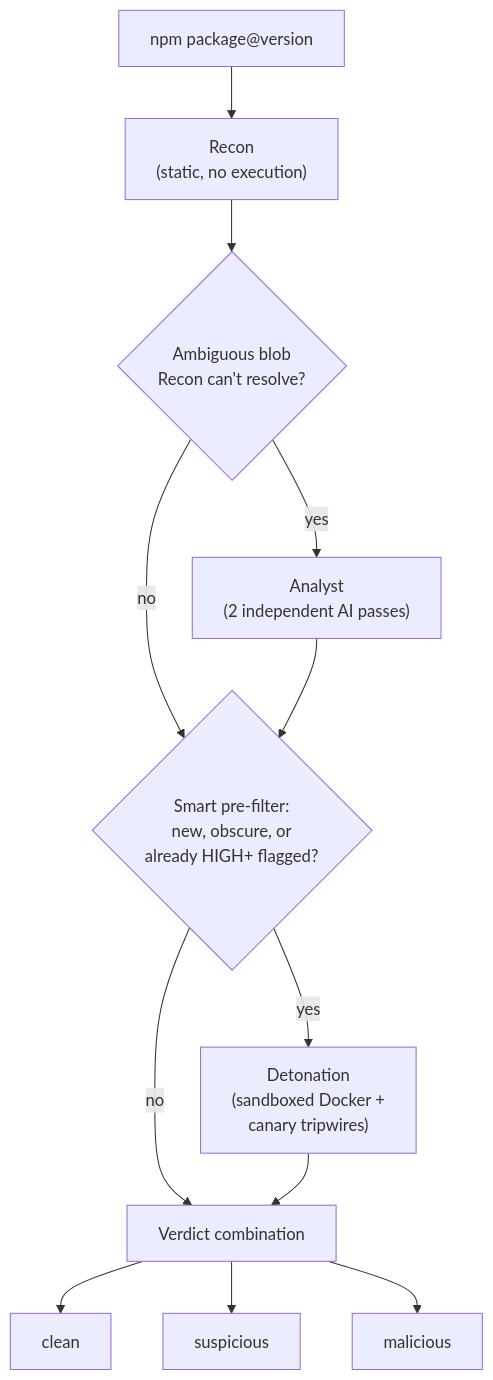
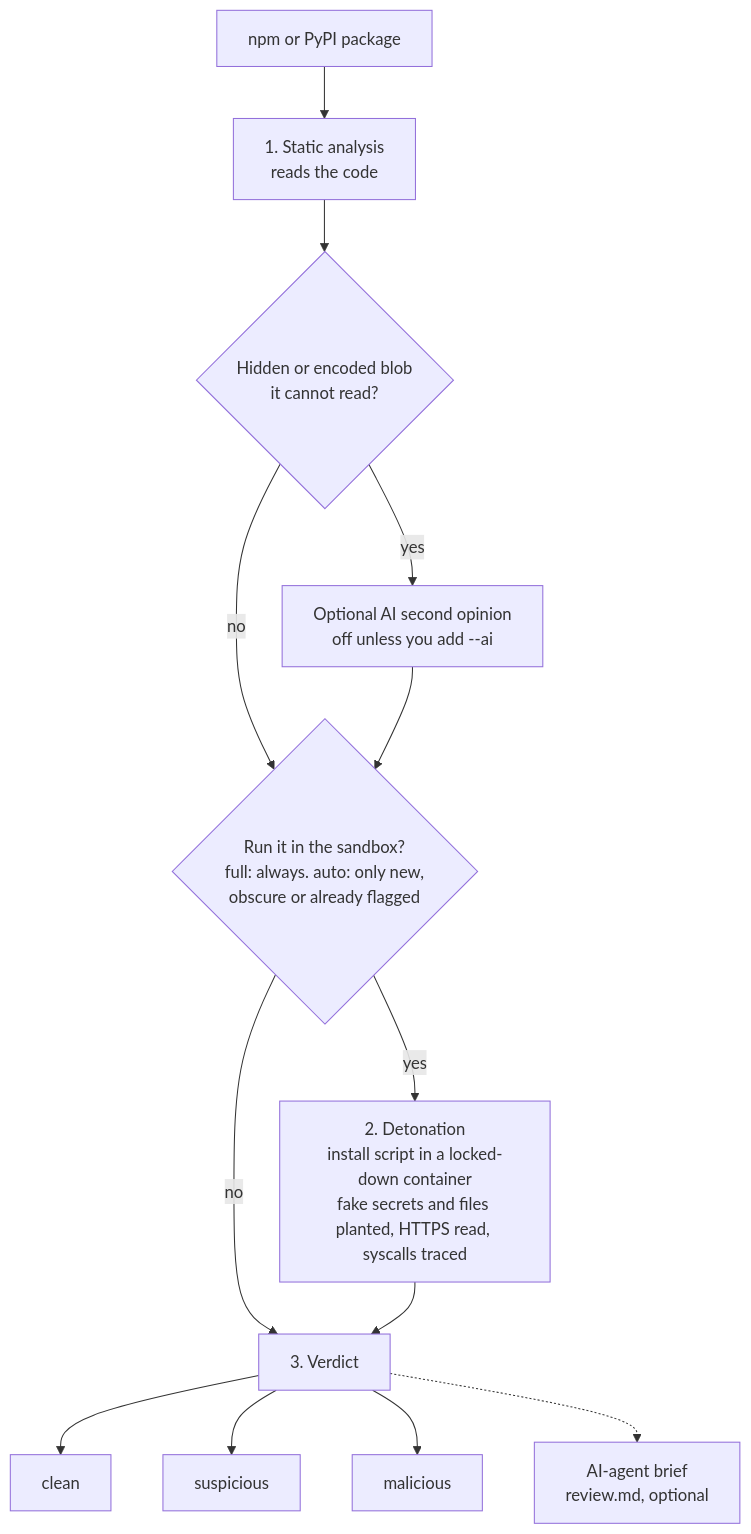
One commit to ImGauravbhosale/Malwhunter changed the diagram in README.md. Above: the diagram before and after it, drawn with Mermaid. The commit also changed other lines of this file and 29 other files, not shown here.

````diff
--- a/README.md
+++ b/README.md
@@ -40,14 +146,15 @@
 ```mermaid
 flowchart TD
-    A["npm package@version"] --> B["Recon\n(static, no execution)"]
-    B --> C{"Ambiguous blob\nRecon can't resolve?"}
-    C -->|yes| D["Analyst\n(2 independent AI passes)"]
+    A["npm or PyPI package"] --> B["1. Static analysis<br/>reads the code"]
+    B --> C{"Hidden or encoded blob<br/>it cannot read?"}
+    C -->|yes| D["Optional AI second opinion<br/>off unless you add --ai"]
     C -->|no| E
-    D --> E{"Smart pre-filter:\nnew, obscure, or\nalready HIGH+ flagged?"}
-    E -->|yes| F["Detonation\n(sandboxed Docker +\ncanary tripwires)"]
-    E -->|no| G["Verdict combination"]
+    D --> E{"Run it in the sandbox?<br/>full: always. auto: only new,<br/>obscure or already flagged"}
+    E -->|yes| F["2. Detonation<br/>install script in a locked-down container<br/>fake secrets and files planted, HTTPS read, syscalls traced"]
+    E -->|no| G["3. Verdict"]
     F --> G
     G --> H1["clean"]
     G --> H2["suspicious"]
     G --> H3["malicious"]
+    G -.-> I["AI-agent brief<br/>review.md, optional"]
 ```
````
